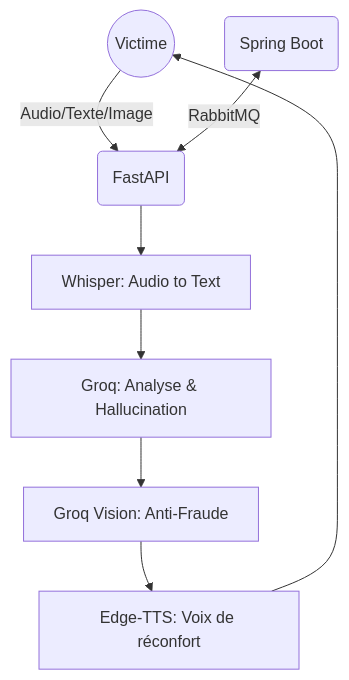
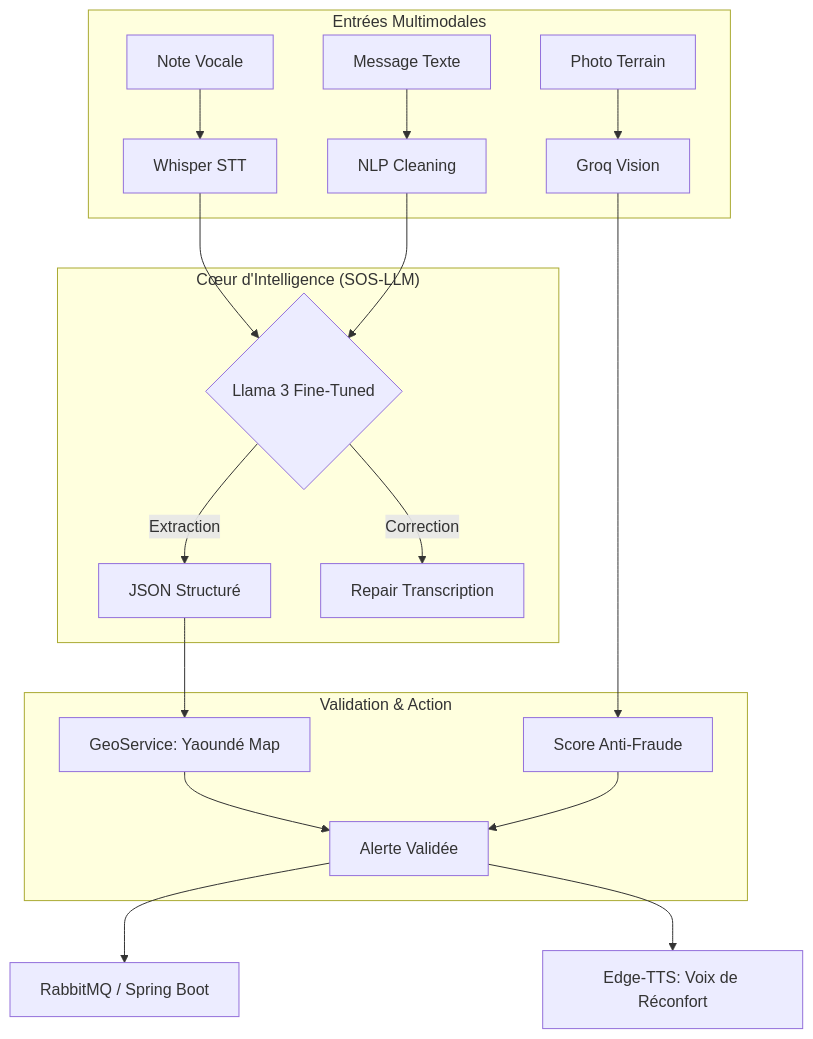
One commit to SOS-Cameroun/SOS-LLM changed the diagram in README.md. Above: the diagram before and after it, drawn with Mermaid. The commit also changed other lines of this file, not shown here.

Commit message:
docs: update project README to reflect updated system architecture, training methodology, and technical stack

````diff
--- a/README.md
+++ b/README.md
@@ -19,11 +25,25 @@
 ```mermaid
 graph TD
-    User((Victime)) -->|Audio/Texte/Image| API(FastAPI)
-    API --> STT[Whisper: Audio to Text]
-    STT --> LLM[Groq: Analyse & Hallucination]
-    LLM --> Vision[Groq Vision: Anti-Fraude]
-    Vision --> TTS[Edge-TTS: Voix de réconfort]
-    TTS --> User
-    
-    SB(Spring Boot) <-->|RabbitMQ| API
+    subgraph "Entrées Multimodales"
+        A[Note Vocale] --> B[Whisper STT]
+        T[Message Texte] --> C[NLP Cleaning]
+        I[Photo Terrain] --> D[Groq Vision]
+    end
+
+    subgraph "Cœur d'Intelligence (SOS-LLM)"
+        B --> LLM{Llama 3 Fine-Tuned}
+        C --> LLM
+        LLM --> |Extraction| E[JSON Structuré]
+        LLM --> |Correction| F[Repair Transcription]
+    end
+
+    subgraph "Validation & Action"
+        E --> G[GeoService: Yaoundé Map]
+        D --> H[Score Anti-Fraude]
+        G --> J[Alerte Validée]
+        H --> J
+    end
+
+    J --> K[RabbitMQ / Spring Boot]
+    J --> L[Edge-TTS: Voix de Réconfort]
 ```
````
